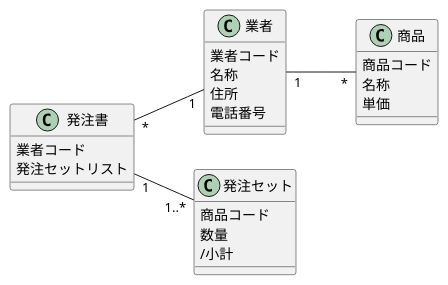
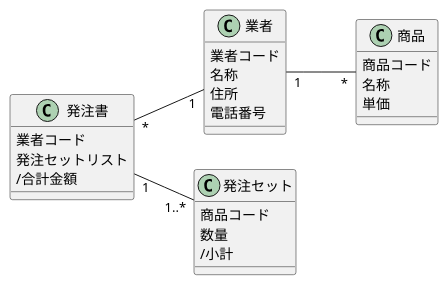
One commit to YanaPIIDXer/PurchaseOrderSystem changed the diagram in docs/Diagrams/Classes.puml. Above: the diagram before and after it, drawn with PlantUML. The commit also changed 1 other file, not shown here.

```diff
--- a/docs/Diagrams/Classes.puml
+++ b/docs/Diagrams/Classes.puml
@@ -1,31 +1,32 @@
 @startuml Classes
 left to right direction
 
 class 業者 {
     業者コード
     名称
     住所
     電話番号
 }
 
 class 商品 {
     商品コード
     名称
     単価
 }
 
 class 発注セット {
     商品コード
     数量
     /小計
 }
 
 class 発注書 {
     業者コード
     発注セットリスト
+    /合計金額
 }
 
 業者 "1" -- "*" 商品
 発注書 "1" -- "1..*" 発注セット
 発注書 "*" -- "1" 業者
 @end
```
